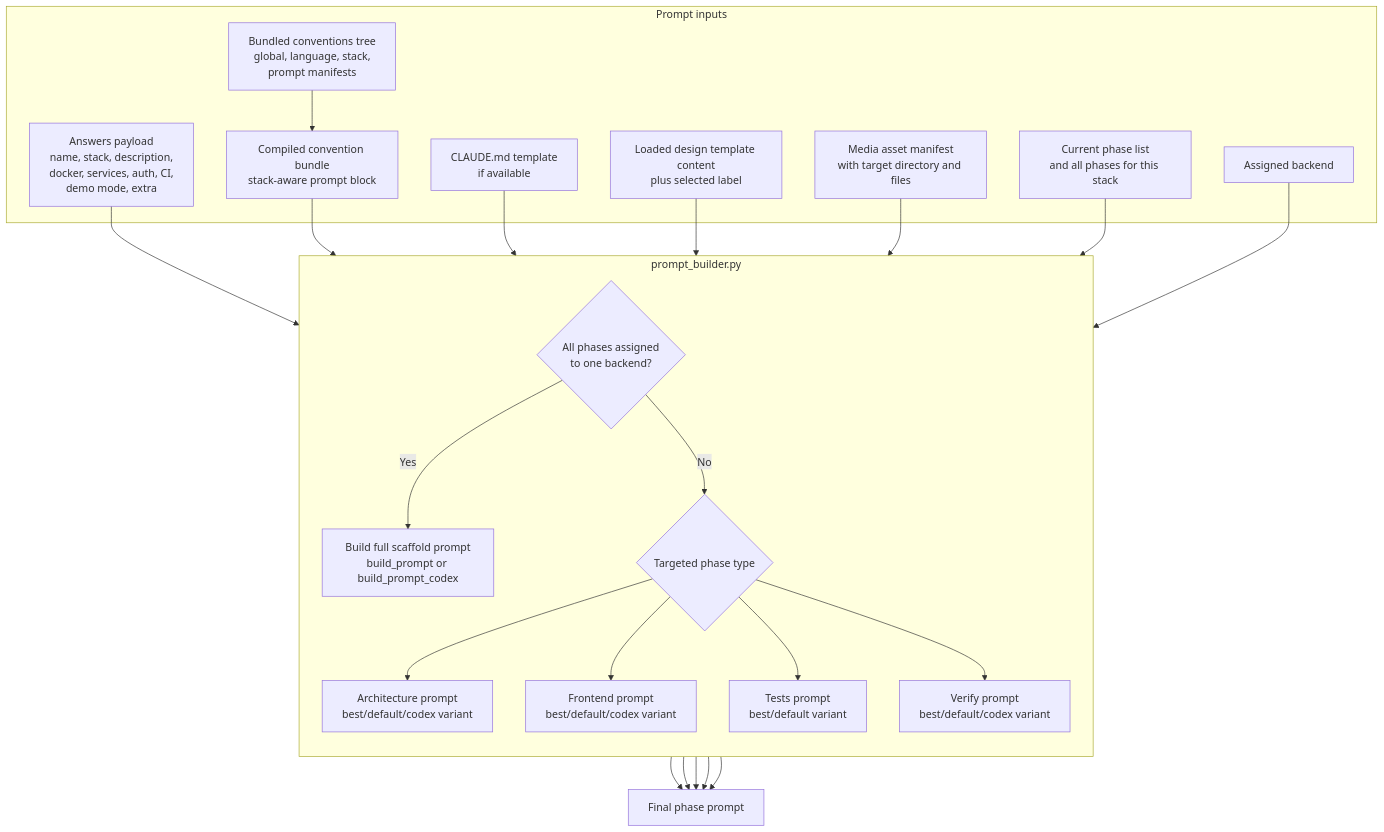
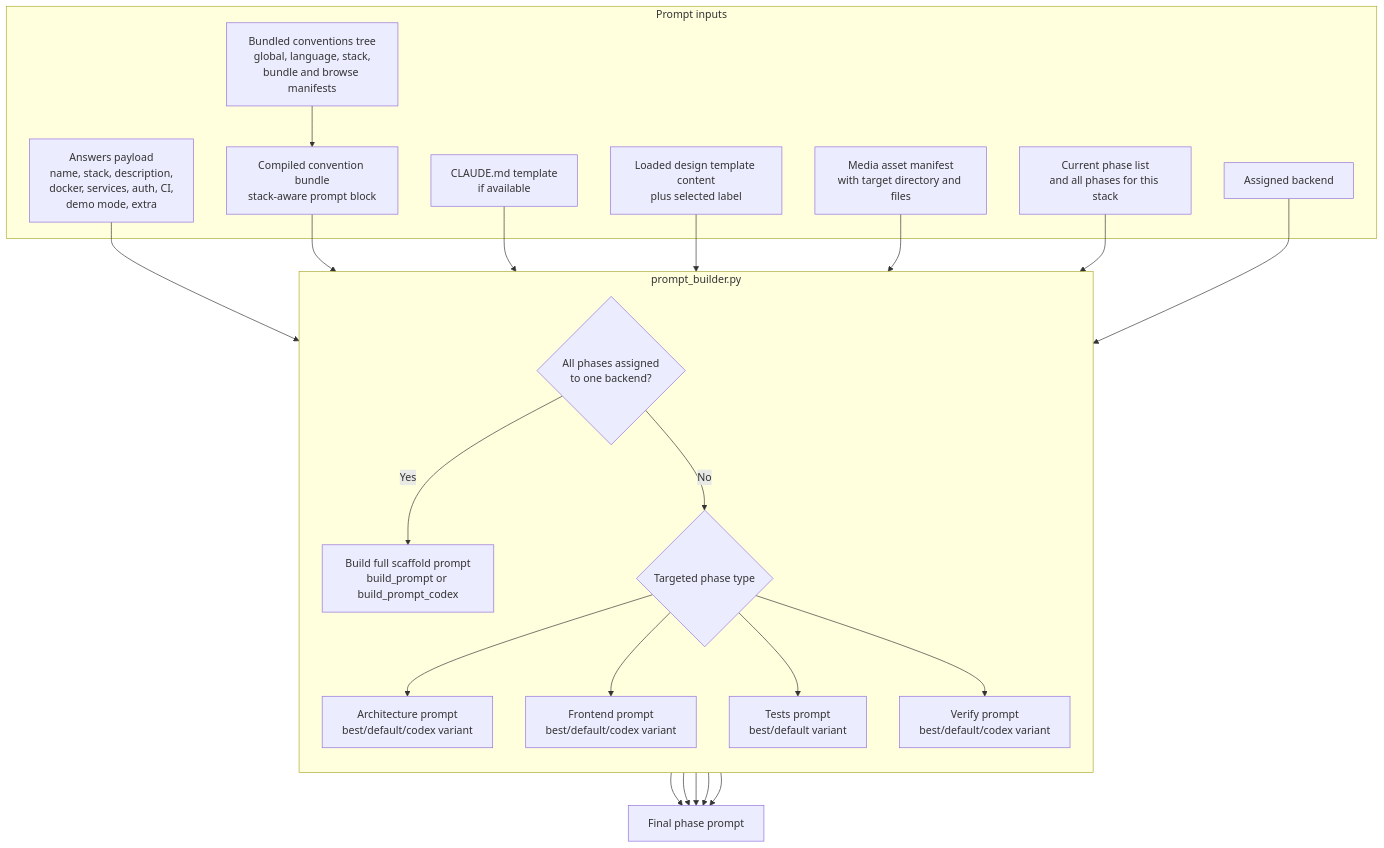
One commit to Schramm2/projectforge changed the first of 2 diagrams in docs/diagrams/forge-prompt-assembly.md. Above: the diagram before and after it, drawn with Mermaid. The commit also changed 21 other files, not shown here.

````diff
--- a/docs/diagrams/forge-prompt-assembly.md
+++ b/docs/diagrams/forge-prompt-assembly.md
@@ -13,47 +13,47 @@
 ```mermaid
 flowchart TD
     subgraph Inputs["Prompt inputs"]
         Answers["Answers payload<br/>name, stack, description,<br/>docker, services, auth, CI,<br/>demo mode, extra"]
-        ConventionsTree["Bundled conventions tree<br/>global, language, stack,<br/>prompt manifests"]
+        ConventionsTree["Bundled conventions tree<br/>global, language, stack,<br/>bundle and browse manifests"]
         ConventionBundle["Compiled convention bundle<br/>stack-aware prompt block"]
         ClaudeTemplate["CLAUDE.md template<br/>if available"]
         DesignTemplate["Loaded design template content<br/>plus selected label"]
         MediaManifest["Media asset manifest<br/>with target directory and files"]
         PhaseSet["Current phase list<br/>and all phases for this stack"]
         Backend["Assigned backend"]
     end
 
     subgraph Builder["prompt_builder.py"]
         direction TB
         FullCheck{"All phases assigned<br/>to one backend?"}
         FullPrompt["Build full scaffold prompt<br/>build_prompt or build_prompt_codex"]
 
         PhaseSwitch{"Targeted phase type"}
         ArchPrompt["Architecture prompt<br/>best/default/codex variant"]
         FrontendPrompt["Frontend prompt<br/>best/default/codex variant"]
         TestsPrompt["Tests prompt<br/>best/default variant"]
         VerifyPrompt["Verify prompt<br/>best/default/codex variant"]
 
         FullCheck -- Yes --> FullPrompt
         FullCheck -- No --> PhaseSwitch
         PhaseSwitch --> ArchPrompt
         PhaseSwitch --> FrontendPrompt
         PhaseSwitch --> TestsPrompt
         PhaseSwitch --> VerifyPrompt
     end
 
     Answers --> Builder
     ConventionsTree --> ConventionBundle
     ConventionBundle --> Builder
     ClaudeTemplate --> Builder
     DesignTemplate --> Builder
     MediaManifest --> Builder
     PhaseSet --> Builder
     Backend --> Builder
 
     FullPrompt --> PhasePrompt["Final phase prompt"]
     ArchPrompt --> PhasePrompt
     FrontendPrompt --> PhasePrompt
     TestsPrompt --> PhasePrompt
     VerifyPrompt --> PhasePrompt
 ```
````
